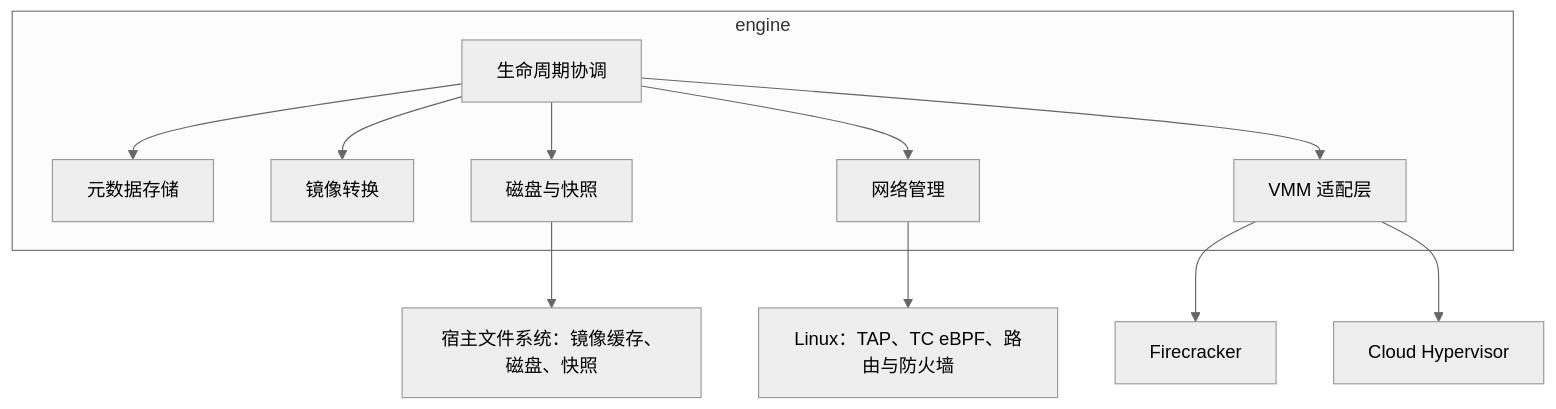
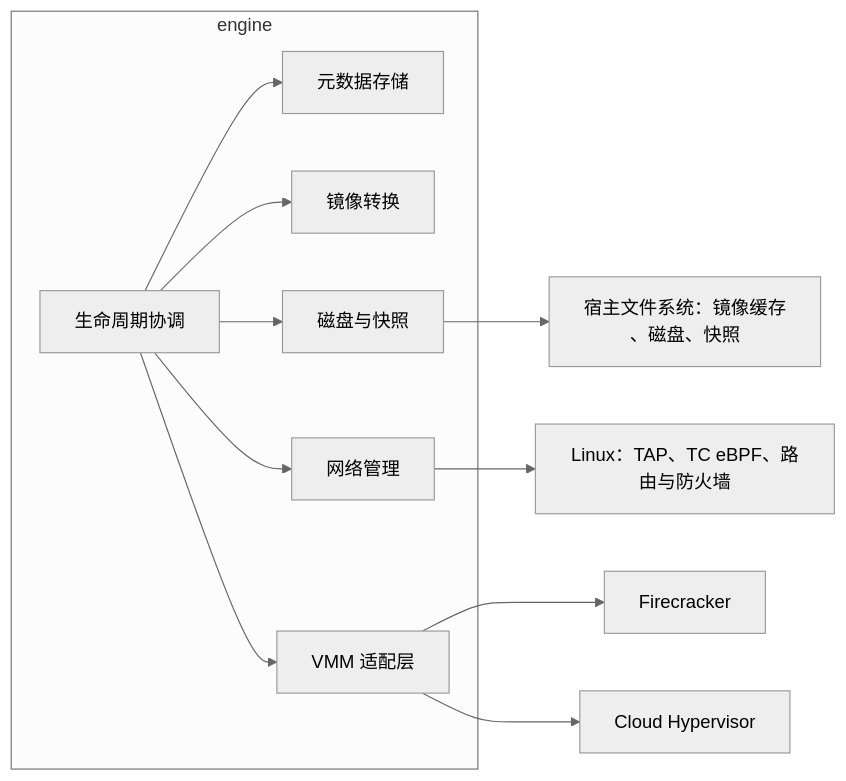
One commit to woxQAQ/sandbox-101 changed the first of 8 diagrams in architecture.md. Above: the diagram before and after it, drawn with Mermaid (neutral theme). The commit also changed other lines of this file, not shown here.

````diff
--- a/architecture.md
+++ b/architecture.md
@@ -62,20 +56,20 @@
 ```mermaid
-flowchart TB
+flowchart LR
     subgraph ENGINE["engine"]
         LC["生命周期协调"]
         META["元数据存储"]
         IMG["镜像转换"]
         STO["磁盘与快照"]
         NET["网络管理"]
         VMM["VMM 适配层"]
         LC --> META
         LC --> IMG
         LC --> STO
         LC --> NET
         LC --> VMM
     end
     VMM --> FC["Firecracker"]
     VMM --> CH["Cloud Hypervisor"]
-    STO --> FS["宿主文件系统：镜像缓存、磁盘、快照"]
+    STO --> FS["宿主文件系统：镜像缓存\n、磁盘、快照"]
     NET --> KERN["Linux：TAP、TC eBPF、路由与防火墙"]
 ```
````
